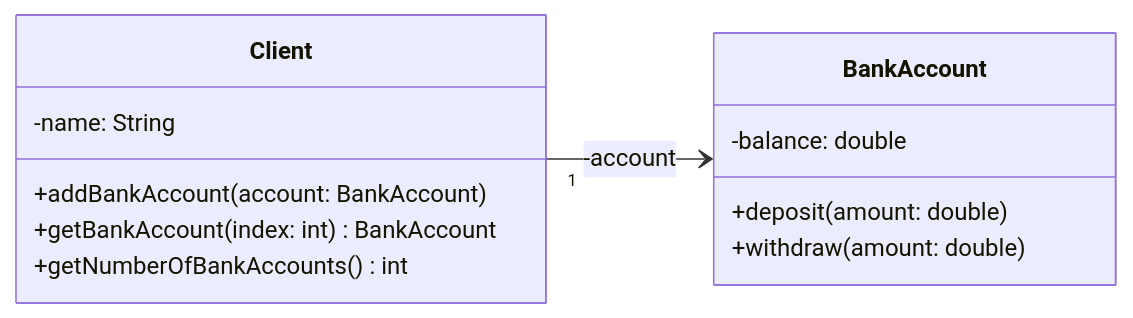
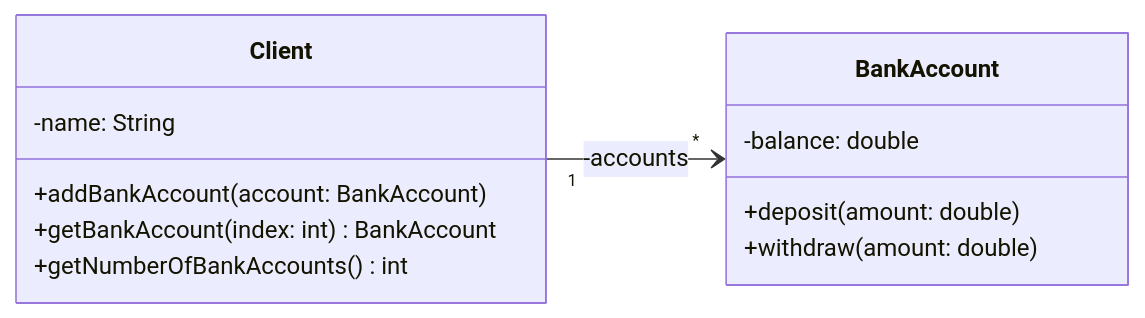
Before and after one commit to InfiniteAstral/notes: the fourth of 8 diagrams in 计算机科学/面向对象设计与Java编程/2 UML 类图及其设计/2-1 UML 类图.md, drawn with Mermaid. The commit also changed other lines of this file, not shown here.

Commit message:
docs: update 计算机科学/面向对象设计与Java编程/2 UML 类图及其设计/2-1 UML 类图.md

````diff
--- a/计算机科学/面向对象设计与Java编程/2 UML 类图及其设计/2-1 UML 类图.md
+++ b/计算机科学/面向对象设计与Java编程/2 UML 类图及其设计/2-1 UML 类图.md
@@ -82,16 +132,16 @@
   ```mermaid
   classDiagram
   direction LR
   class Client {
     -name: String
     +addBankAccount(account: BankAccount)
     +getBankAccount(index: int) BankAccount
     +getNumberOfBankAccounts() int
   }
   class BankAccount {
     -balance: double
     +deposit(amount: double)
     +withdraw(amount: double)
   }
-  Client "1" --> BankAccount : -account
+  Client "1" --> "*" BankAccount : -accounts
   ```
````
